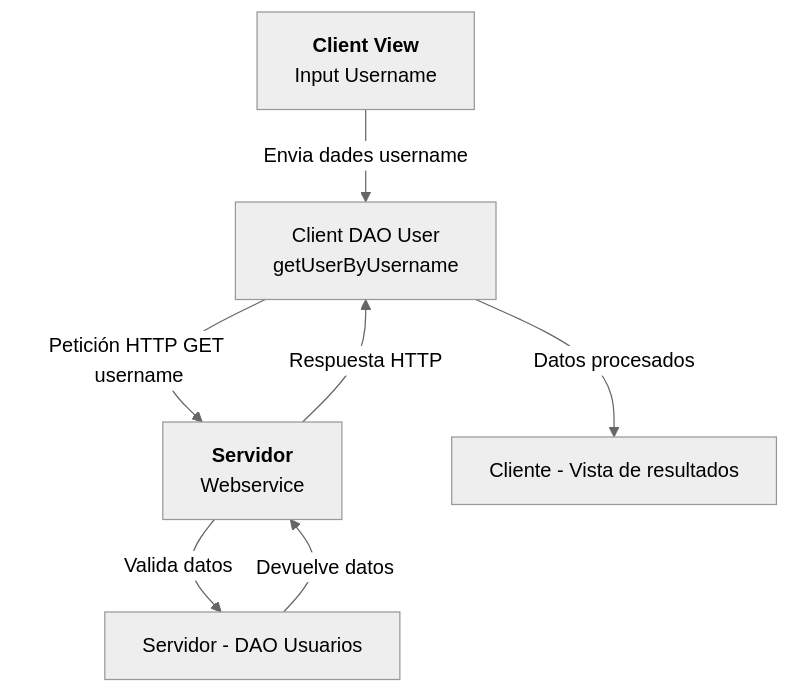
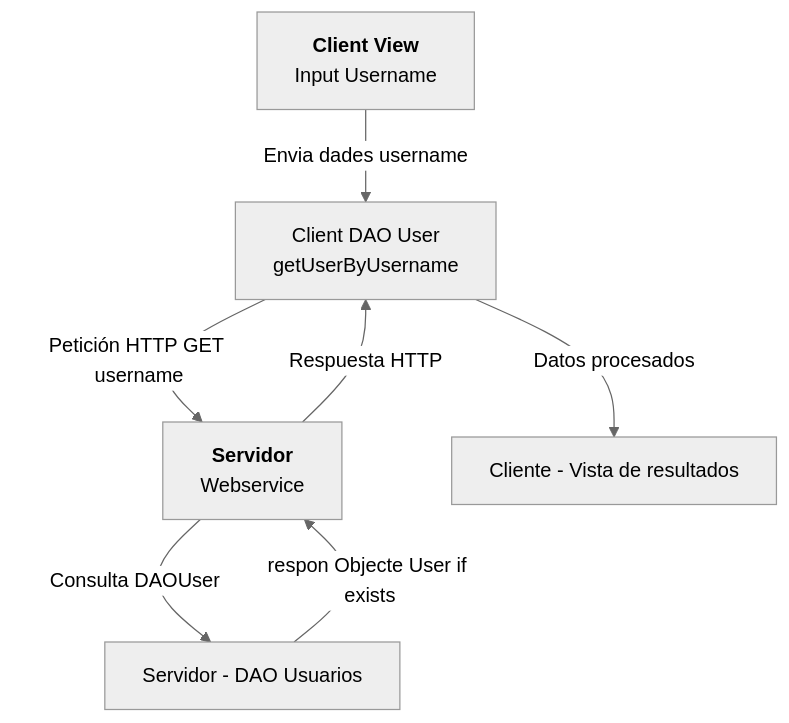
One commit to Josse71/tapatApp changed the diagram in charts/diagramaPrototipo1.mermaid. Above: the diagram before and after it, drawn with Mermaid (neutral theme).

```diff
--- a/charts/diagramaPrototipo1.mermaid
+++ b/charts/diagramaPrototipo1.mermaid
@@ -1,7 +1,7 @@
 flowchart TD
     A[<b>Client View</b> <br> Input Username] -->|Envia dades username| B[Client DAO User<br> getUserByUsername]
     B -->|Petición HTTP GET username| C[<b>Servidor</b> <br> Webservice]
-    C -->|Valida datos| D[Servidor - DAO Usuarios]
-    D -->|Devuelve datos| C
+    C -->|Consulta DAOUser| D[Servidor - DAO Usuarios]
+    D -->|respon Objecte User if exists| C
     C -->|Respuesta HTTP| B
     B -->|Datos procesados| F[Cliente - Vista de resultados]
```
